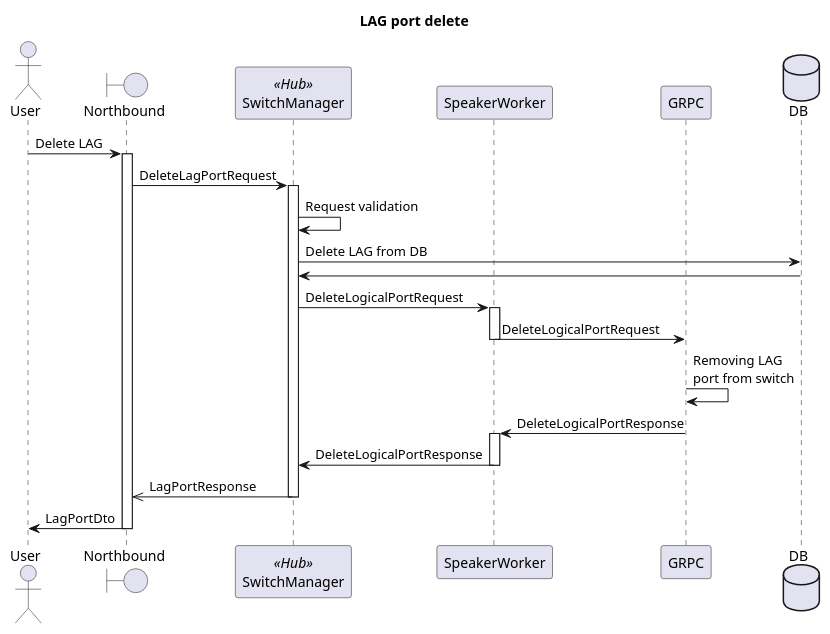
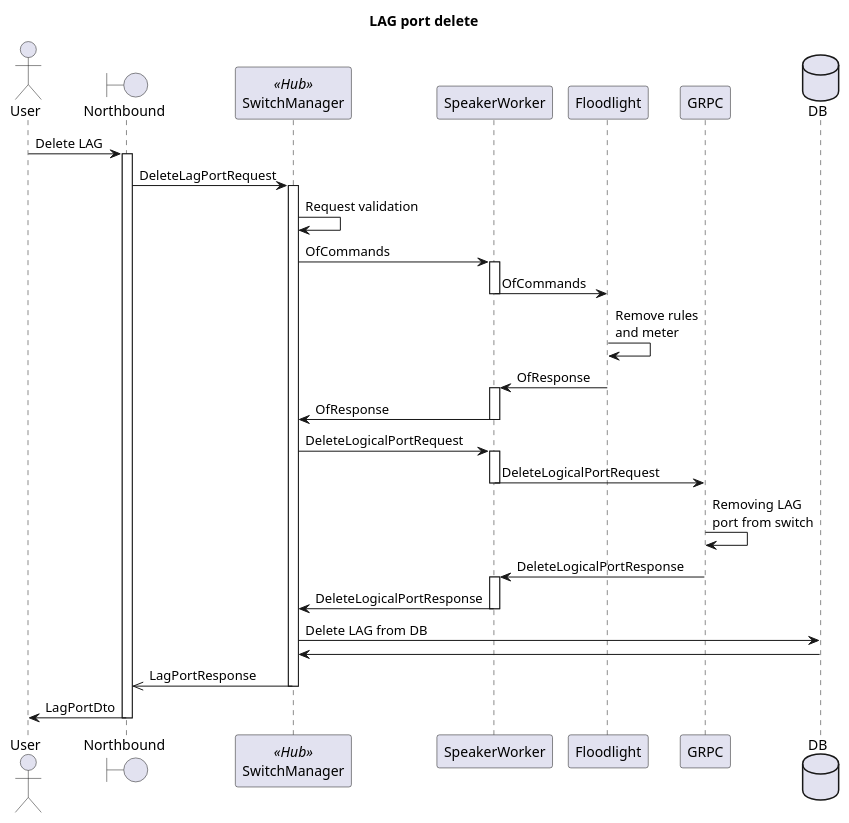
One commit to telstra/open-kilda changed the diagram in docs/design/hub-and-spoke/lag/delete/h&s-delete-lag-port.puml. Above: the diagram before and after it, drawn with PlantUML. The commit also changed 81 other files, not shown here.

```diff
--- a/docs/design/hub-and-spoke/lag/delete/h&s-delete-lag-port.puml
+++ b/docs/design/hub-and-spoke/lag/delete/h&s-delete-lag-port.puml
@@ -1,33 +1,43 @@
 @startuml
 title LAG port delete
 
 actor User
 boundary Northbound as NB
 participant SwitchManager << Hub >>
 participant SpeakerWorker
+participant Floodlight
 participant GRPC
 database DB
 
 User -> NB : Delete LAG
 
 activate NB
 NB -> SwitchManager : DeleteLagPortRequest
 activate SwitchManager
 SwitchManager -> SwitchManager : Request validation
-SwitchManager -> DB : Delete LAG from DB
-DB -> SwitchManager
+SwitchManager -> SpeakerWorker : OfCommands
+activate SpeakerWorker
+SpeakerWorker -> Floodlight : OfCommands
+deactivate SpeakerWorker
+Floodlight -> Floodlight : Remove rules\nand meter
+Floodlight -> SpeakerWorker : OfResponse
+activate SpeakerWorker
+SpeakerWorker -> SwitchManager : OfResponse
+deactivate SpeakerWorker
 SwitchManager -> SpeakerWorker : DeleteLogicalPortRequest
 activate SpeakerWorker
 SpeakerWorker -> GRPC : DeleteLogicalPortRequest
 deactivate SpeakerWorker
 GRPC -> GRPC : Removing LAG\nport from switch
 GRPC -> SpeakerWorker : DeleteLogicalPortResponse
 activate SpeakerWorker
 SpeakerWorker -> SwitchManager : DeleteLogicalPortResponse
 deactivate SpeakerWorker
+SwitchManager -> DB : Delete LAG from DB
+DB -> SwitchManager
 SwitchManager ->> NB: LagPortResponse
 deactivate SwitchManager
 NB -> User: LagPortDto
 deactivate NB
 
 @enduml
```
